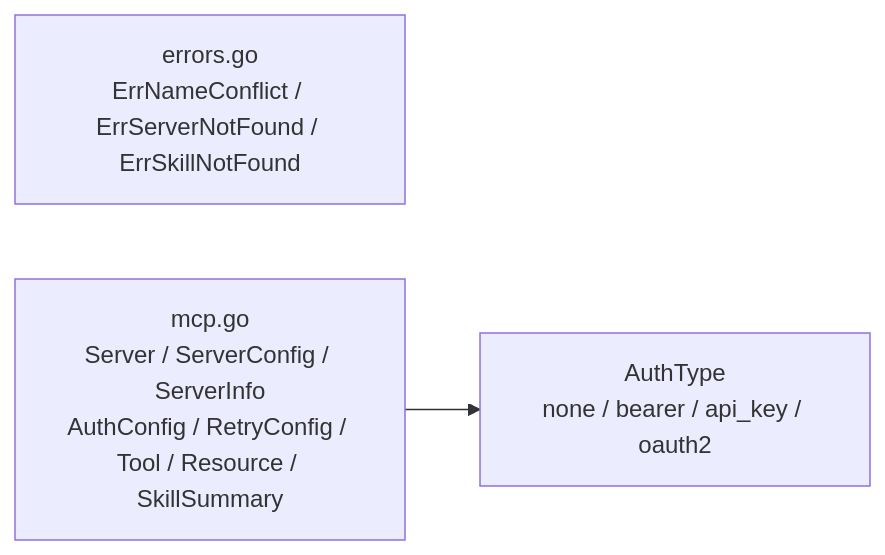
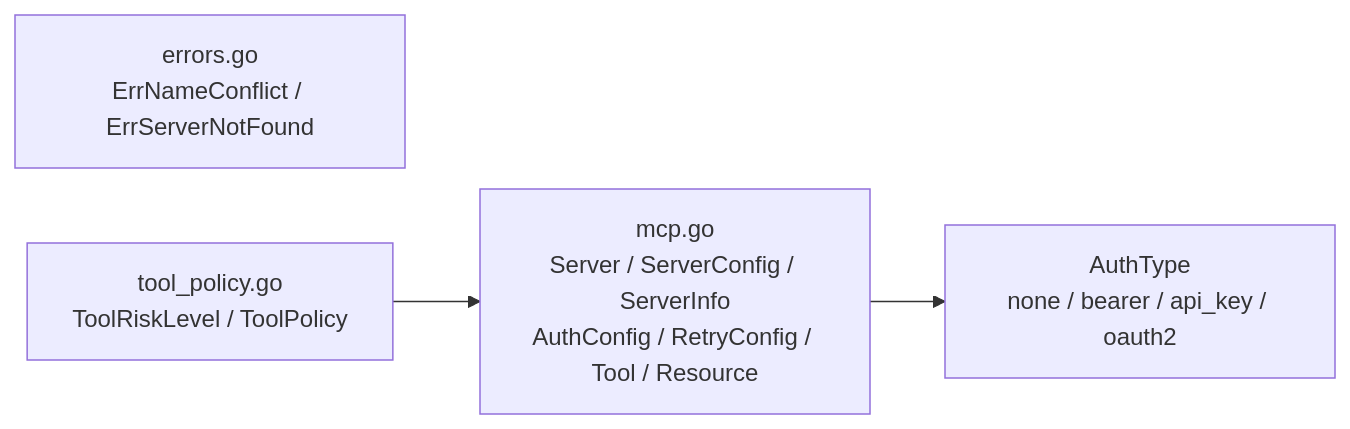
One commit to ArchChuan/Stratum changed the diagram in docs/go-package-architecture/internal-mcp-domain.md. Above: the diagram before and after it, drawn with Mermaid. The commit also changed other lines of this file and 26 other files, not shown here.

````diff
--- a/docs/go-package-architecture/internal-mcp-domain.md
+++ b/docs/go-package-architecture/internal-mcp-domain.md
@@ -7,7 +7,9 @@
 ```mermaid
 flowchart LR
-  errors["errors.go<br/>ErrNameConflict / ErrServerNotFound / ErrSkillNotFound"]
-  mcp["mcp.go<br/>Server / ServerConfig / ServerInfo<br/>AuthConfig / RetryConfig / Tool / Resource / SkillSummary"]
+  errors["errors.go<br/>ErrNameConflict / ErrServerNotFound"]
+  mcp["mcp.go<br/>Server / ServerConfig / ServerInfo<br/>AuthConfig / RetryConfig / Tool / Resource"]
+  policy["tool_policy.go<br/>ToolRiskLevel / ToolPolicy"]
   auth["AuthType<br/>none / bearer / api_key / oauth2"]
   mcp --> auth
+  policy --> mcp
 ```
````
